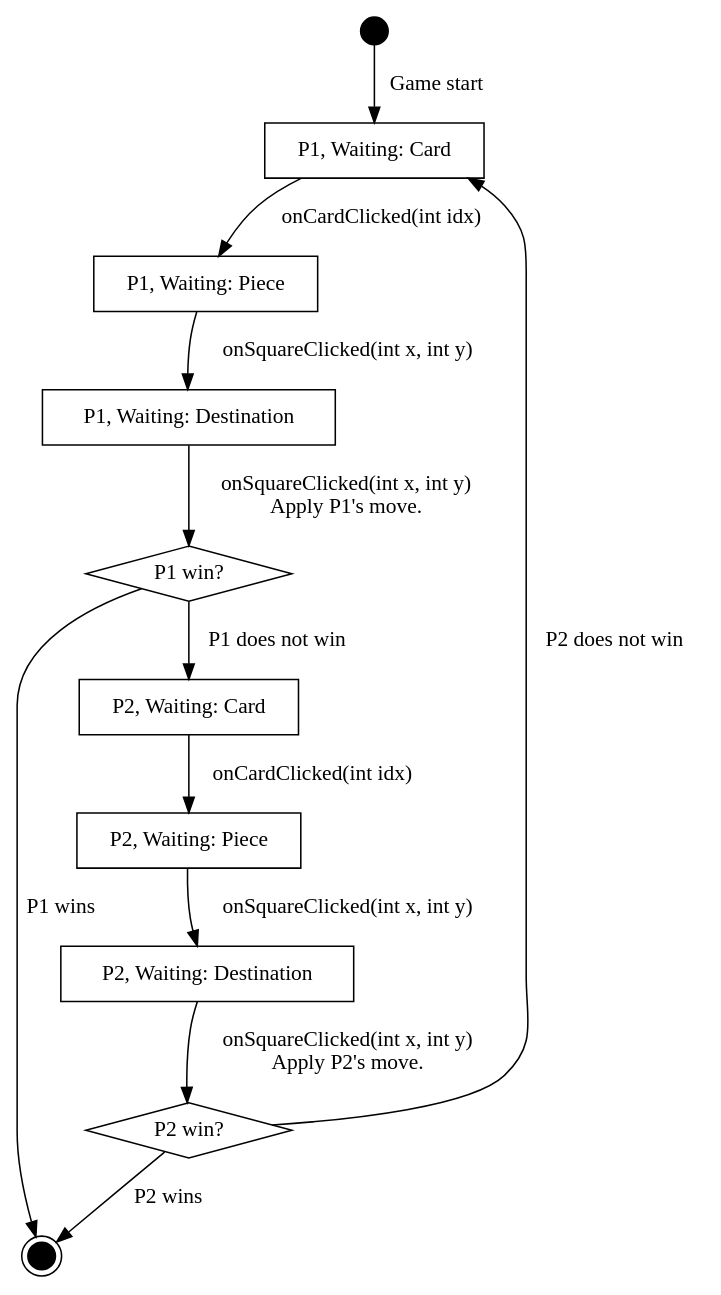
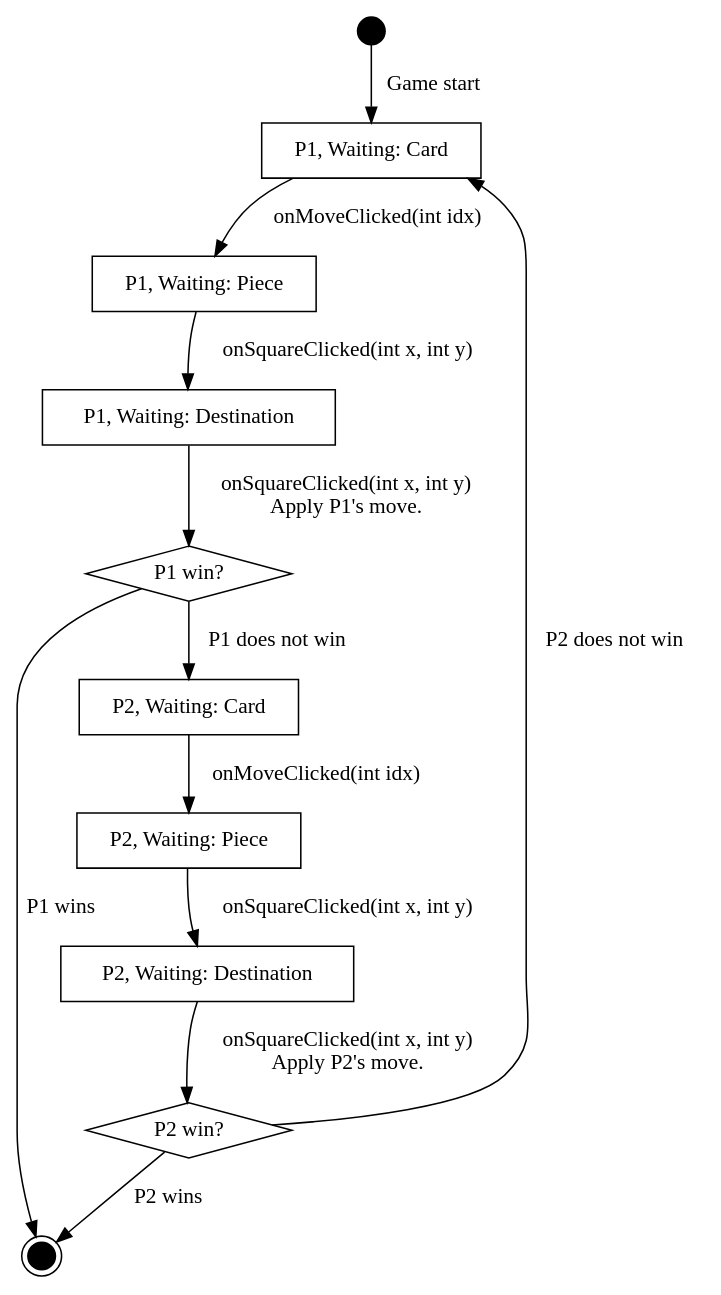
The diagram in designResources/fsm.dot (cmput402-w19/assignment4tdd-goodteam), drawn with Graphviz before and after one commit. The commit also changed 1 other file, not shown here.

```diff
--- a/designResources/fsm.dot
+++ b/designResources/fsm.dot
@@ -1,37 +1,37 @@
 digraph fsm {
     s [label="", shape="circle", style="filled", fillcolor="black", fixedsize=true, width=".25"];
     e [label="", shape="doublecircle", style="filled", fillcolor="black" fixedsize=true, width=".25"];
 
     // Player 1 states.
     p1s1 [label="P1, Waiting: Card", shape="box"];
     p1s2 [label="P1, Waiting: Piece", shape="box"];
     p1s3 [label="P1, Waiting: Destination", shape="box"];
     p1f  [label="P1 win?", shape="diamond"];
 
     // Player 2 states.
     p2s1 [label="P2, Waiting: Card", shape="box"];
     p2s2 [label="P2, Waiting: Piece", shape="box"];
     p2s3 [label="P2, Waiting: Destination", shape="box"];
     p2f  [label="P2 win?", shape="diamond"];
 
     // Beginning transition.
     s -> p1s1 [label="Game start"];
 
     // Player 1 transitions.
-    p1s1 -> p1s2 [label="onCardClicked(int idx)"];
+    p1s1 -> p1s2 [label="onMoveClicked(int idx)"];
     p1s2 -> p1s3 [label="onSquareClicked(int x, int y)"];
     p1s3 -> p1f  [label="onSquareClicked(int x, int y)\nApply P1's move."];
 
     // P1 -> P2 intermediate transitions.
     p1f  -> e    [label="P1 wins"];
     p1f  -> p2s1 [label="P1 does not win"];
 
     // Player 2 transitions.
-    p2s1 -> p2s2 [label="onCardClicked(int idx)"];
+    p2s1 -> p2s2 [label="onMoveClicked(int idx)"];
     p2s2 -> p2s3 [label="onSquareClicked(int x, int y)"];
     p2s3 -> p2f  [label="onSquareClicked(int x, int y)\nApply P2's move."];
 
     // P2 -> P1 intermediate transitions.
     p2f  -> e    [label="P2 wins"];
     p2f  -> p1s1 [label="P2 does not win"];
 }
```
